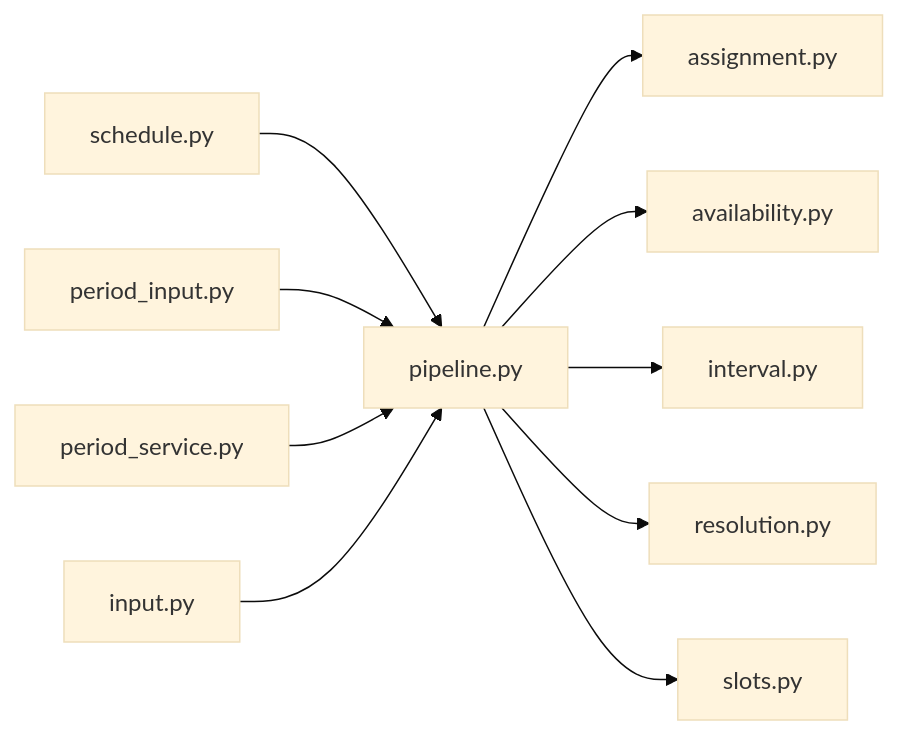
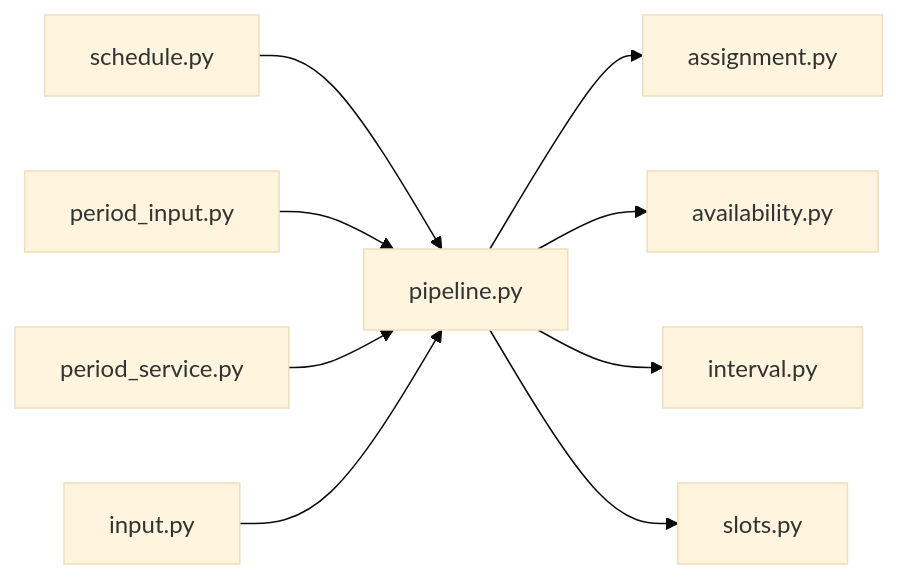
One commit to minkong-dev/Banblit changed the diagram in .cluedoc/graph/backend/src/backend/scheduling/pipeline.md. Above: the diagram before and after it, drawn with Mermaid (base theme). The commit also changed other lines of this file and 64 other files, not shown here.

````diff
--- a/.cluedoc/graph/backend/src/backend/scheduling/pipeline.md
+++ b/.cluedoc/graph/backend/src/backend/scheduling/pipeline.md
@@ -10,13 +10,12 @@
 ```mermaid
 flowchart LR
   backend_src_backend_scheduling_pipeline["pipeline.py"]
   backend_src_backend_scheduling_pipeline --> backend_src_backend_scheduling_assignment["assignment.py"]
   backend_src_backend_scheduling_pipeline --> backend_src_backend_scheduling_availability["availability.py"]
   backend_src_backend_scheduling_pipeline --> backend_src_backend_scheduling_interval["interval.py"]
-  backend_src_backend_scheduling_pipeline --> backend_src_backend_scheduling_resolution["resolution.py"]
   backend_src_backend_scheduling_pipeline --> backend_src_backend_scheduling_slots["slots.py"]
   backend_src_backend_api_routers_schedule["schedule.py"] --> backend_src_backend_scheduling_pipeline
   backend_src_backend_services_period_period_input["period_input.py"] --> backend_src_backend_scheduling_pipeline
   backend_src_backend_services_period_period_service["period_service.py"] --> backend_src_backend_scheduling_pipeline
   backend_src_backend_services_validation_input["input.py"] --> backend_src_backend_scheduling_pipeline
 ```
````
